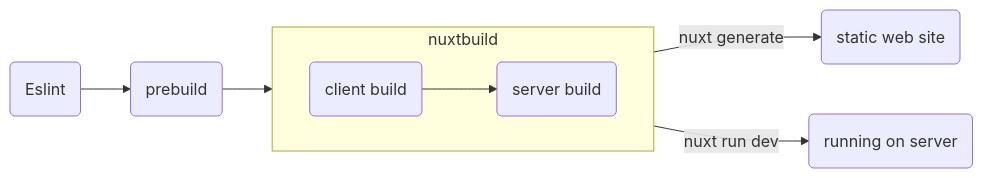
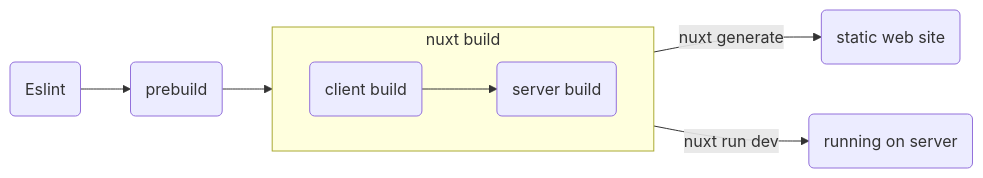
The third of 3 diagrams in README.md (mouseless/learn-nuxt), drawn with Mermaid before and after one commit.

Commit message:
update diagram

````diff
--- a/README.md
+++ b/README.md
@@ -337,11 +337,11 @@
 ```mermaid
 flowchart LR
-    subgraph nuxtbuild
+    subgraph nuxtbuild[nuxt build]
         direction LR
         CB(client build) --> SB(server build)
     end
     E(Eslint) --> P(prebuild)
-    P --> nuxtbuild(nuxt build)
+    P --> nuxtbuild
     nuxtbuild -->|nuxt generate| SWS(static web site)
     nuxtbuild -->|nuxt run dev| OS(running on server)
 ```
````
